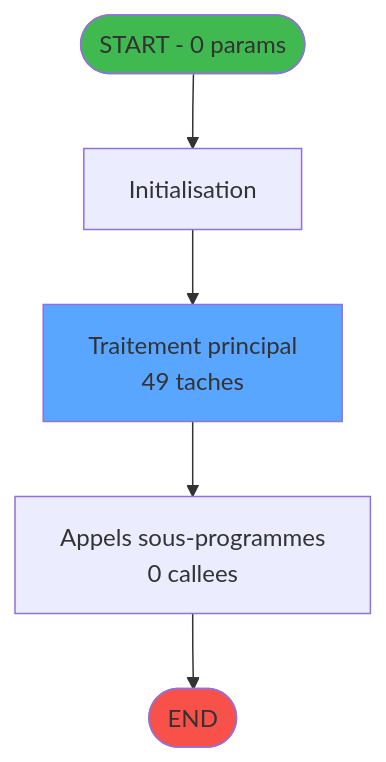
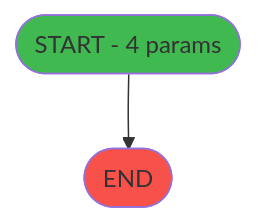
The first of 3 diagrams in .openspec/renders/ADH-IDE-237.md (thonyAGP/lecteur-magic), drawn with Mermaid before and after one commit. The commit also changed other lines of this file and 2 other files, not shown here.

````diff
--- a/.openspec/renders/ADH-IDE-237.md
+++ b/.openspec/renders/ADH-IDE-237.md
@@ -104,14 +87,9 @@
 ```mermaid
 flowchart TD
-    START([START - 0 params])
-    INIT["Initialisation"]
-    PROCESS["Traitement principal<br/>49 taches"]
-    CALLS["Appels sous-programmes<br/>0 callees"]
+    START([START - 4 params])
     ENDOK([END])
-
-    START --> INIT --> PROCESS --> CALLS --> ENDOK
+    START --> ENDOK
 
     style START fill:#3fb950
     style ENDOK fill:#f85149
-    style PROCESS fill:#58a6ff
 ```
````
